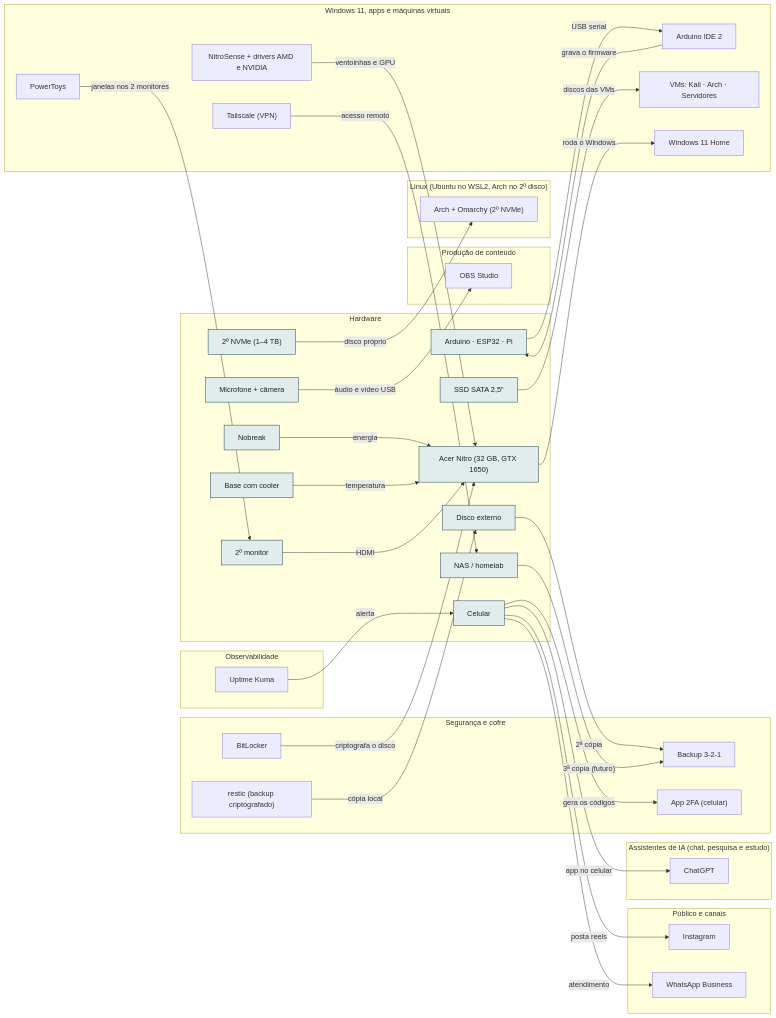
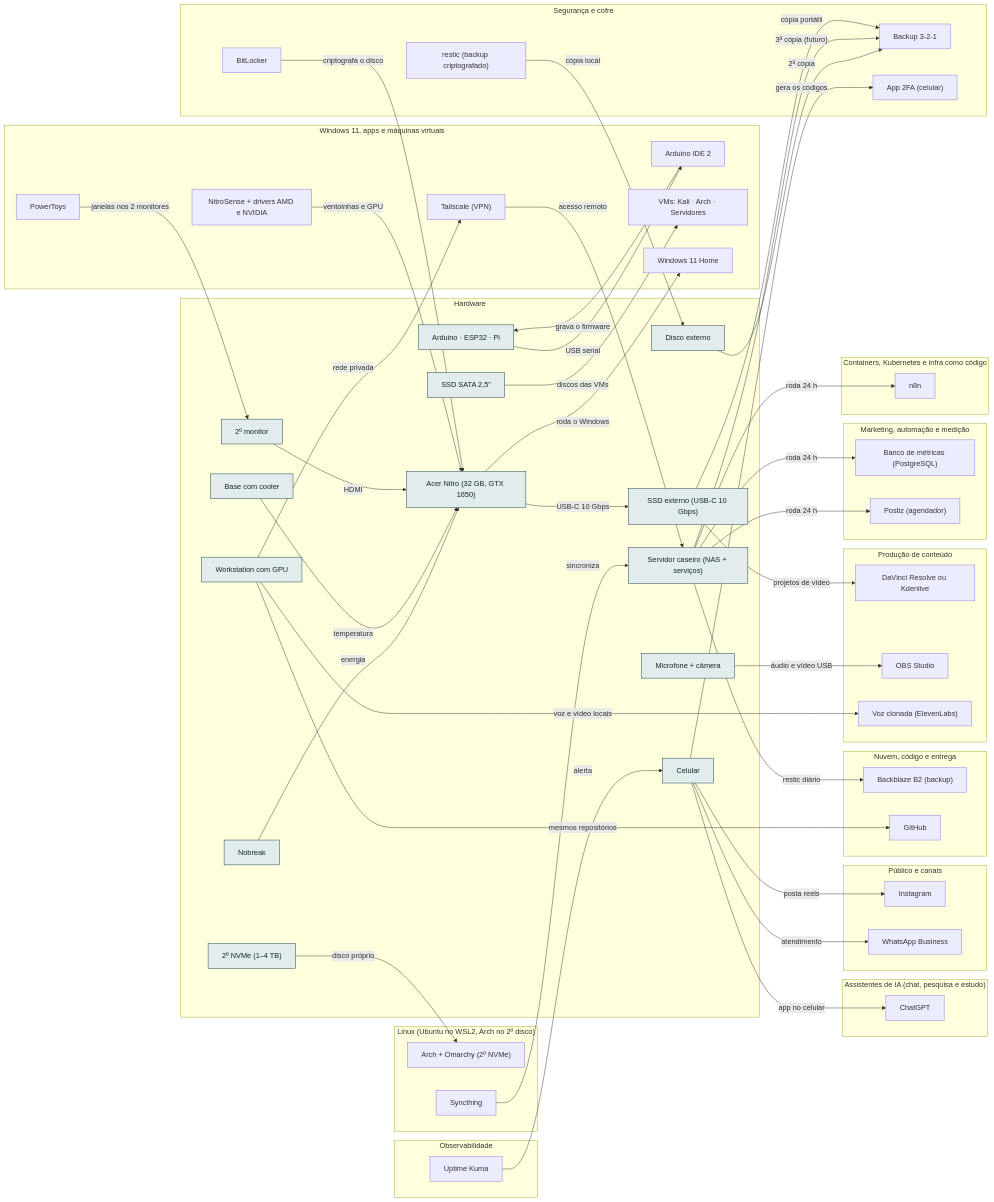
Before and after one commit to AlanMateus17/dev-setup: the diagram in docs/camadas/01-hw.md, drawn with Mermaid. The commit also changed other lines of this file and 21 other files, not shown here.

````diff
--- a/docs/camadas/01-hw.md
+++ b/docs/camadas/01-hw.md
@@ -22,23 +22,39 @@
     n_cel["Celular"]
     n_ext["Disco externo"]
     n_rob["Arduino · ESP32 · Pi"]
-    n_nas["NAS / homelab"]
+    n_nas["Servidor caseiro (NAS + serviços)"]
+    n_ssdext["SSD externo (USB-C 10 Gbps)"]
+    n_ws["Workstation com GPU"]
   end
   subgraph L_pub["Público e canais"]
     n_ig["Instagram"]
     n_wa["WhatsApp Business"]
   end
+  subgraph L_mkt["Marketing, automação e medição"]
+    n_metrics["Banco de métricas (PostgreSQL)"]
+    n_postiz["Postiz (agendador)"]
+  end
   subgraph L_cont["Produção de conteúdo"]
+    n_edit["DaVinci Resolve ou Kdenlive"]
     n_obss["OBS Studio"]
+    n_voz["Voz clonada (ElevenLabs)"]
+  end
+  subgraph L_nuvem["Nuvem, código e entrega"]
+    n_b2["Backblaze B2 (backup)"]
+    n_gh["GitHub"]
   end
   subgraph L_obs["Observabilidade"]
     n_kuma["Uptime Kuma"]
+  end
+  subgraph L_cnt["Containers, Kubernetes e infra como código"]
+    n_n8n["n8n"]
   end
   subgraph L_chat["Assistentes de IA (chat, pesquisa e estudo)"]
     n_gpt["ChatGPT"]
   end
   subgraph L_lin["Linux (Ubuntu no WSL2, Arch no 2º disco)"]
     n_arch["Arch + Omarchy (2º NVMe)"]
+    n_syncth["Syncthing"]
   end
   subgraph L_win["Windows 11, apps e máquinas virtuais"]
     n_ard["Arduino IDE 2"]
@@ -58,6 +74,7 @@
   n_cool -->|"temperatura"| n_nb
   n_sata -->|"discos das VMs"| n_vms
   n_nb -->|"roda o Windows"| n_w11
+  n_nb -->|"USB-C 10 Gbps"| n_ssdext
   n_mon -->|"HDMI"| n_nb
   n_bitl -->|"criptografa o disco"| n_nb
   n_nitro -->|"ventoinhas e GPU"| n_nb
@@ -74,7 +91,17 @@
   n_rob -->|"USB serial"| n_ard
   n_ard -->|"grava o firmware"| n_rob
   n_nas -->|"3ª cópia (futuro)"| n_bkp
+  n_nas -->|"restic diário"| n_b2
+  n_nas -->|"roda 24 h"| n_n8n
+  n_nas -->|"roda 24 h"| n_postiz
+  n_nas -->|"roda 24 h"| n_metrics
   n_tail -->|"acesso remoto"| n_nas
+  n_syncth -->|"sincroniza"| n_nas
+  n_ssdext -->|"cópia portátil"| n_bkp
+  n_ssdext -->|"projetos de vídeo"| n_edit
+  n_ws -->|"rede privada"| n_tail
+  n_ws -->|"mesmos repositórios"| n_gh
+  n_ws -->|"voz e vídeo locais"| n_voz
   classDef desta fill:#e2ecec,stroke:#0e3a45,color:#13262b
-  class n_ups,n_cool,n_sata,n_nb,n_nvme,n_mon,n_mic,n_cel,n_ext,n_rob,n_nas desta
+  class n_ups,n_cool,n_sata,n_nb,n_nvme,n_mon,n_mic,n_cel,n_ext,n_rob,n_nas,n_ssdext,n_ws desta
 ```
````
